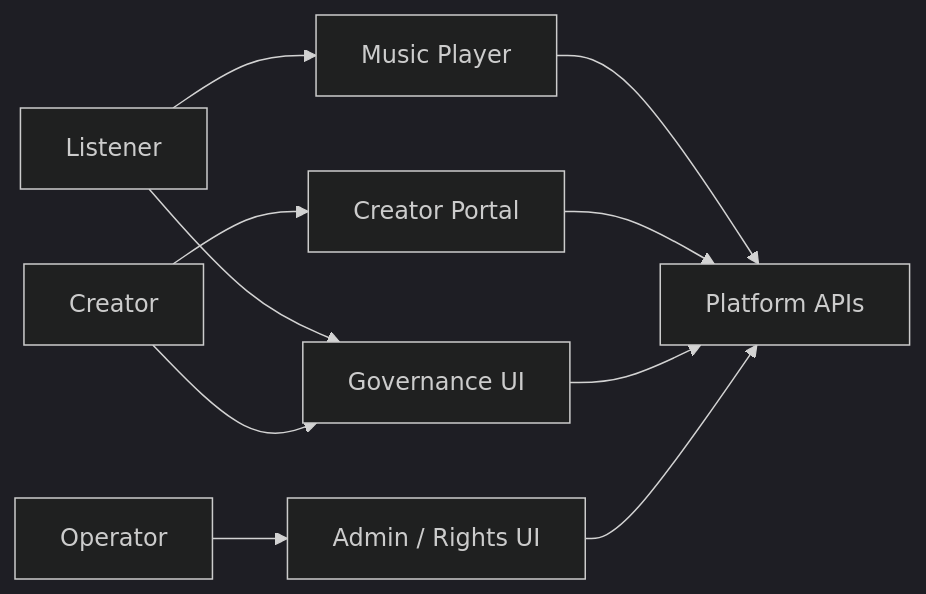
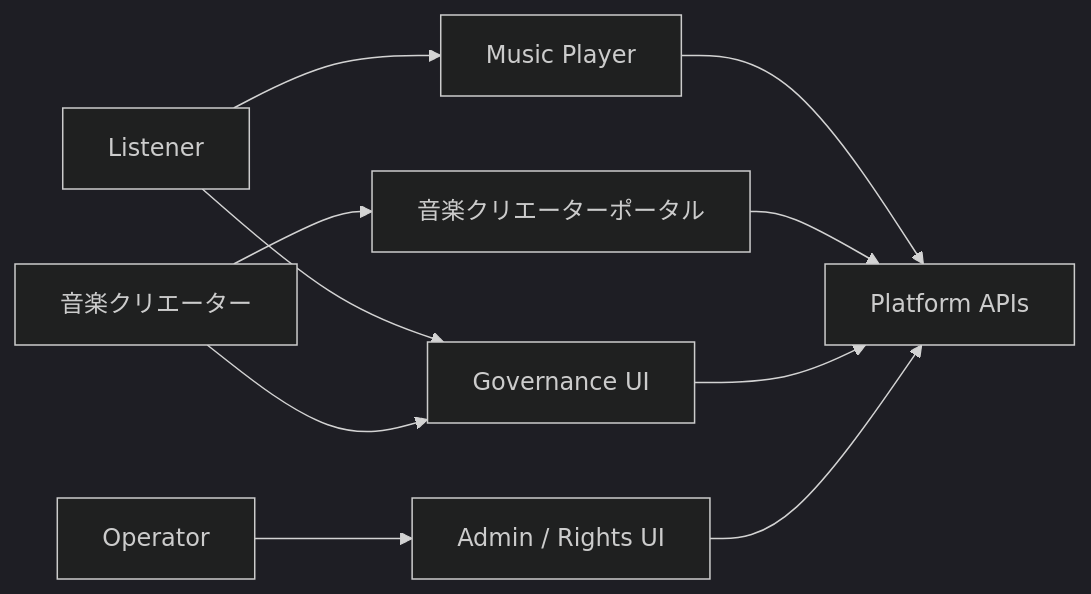
The third of 27 diagrams in docs/whitepaper/04-platform-architecture.md (ShigeichiroYamasaki/creator-first-platform), drawn with Mermaid (dark theme) before and after one commit. The commit also changed other lines of this file and 67 other files, not shown here.

````diff
--- a/docs/whitepaper/04-platform-architecture.md
+++ b/docs/whitepaper/04-platform-architecture.md
@@ -117,17 +117,17 @@
 ```mermaid
 flowchart LR
     USER[Listener]
-    CREATOR[Creator]
+    CREATOR[音楽クリエーター]
     ADMIN[Operator]
 
     USER --> PLAYER[Music Player]
-    CREATOR --> PORTAL[Creator Portal]
+    CREATOR --> PORTAL[音楽クリエーターポータル]
     USER --> GOVUI[Governance UI]
     CREATOR --> GOVUI
     ADMIN --> ADMINUI[Admin / Rights UI]
 
     PLAYER --> API[Platform APIs]
     PORTAL --> API
     GOVUI --> API
     ADMINUI --> API
 ```
````
